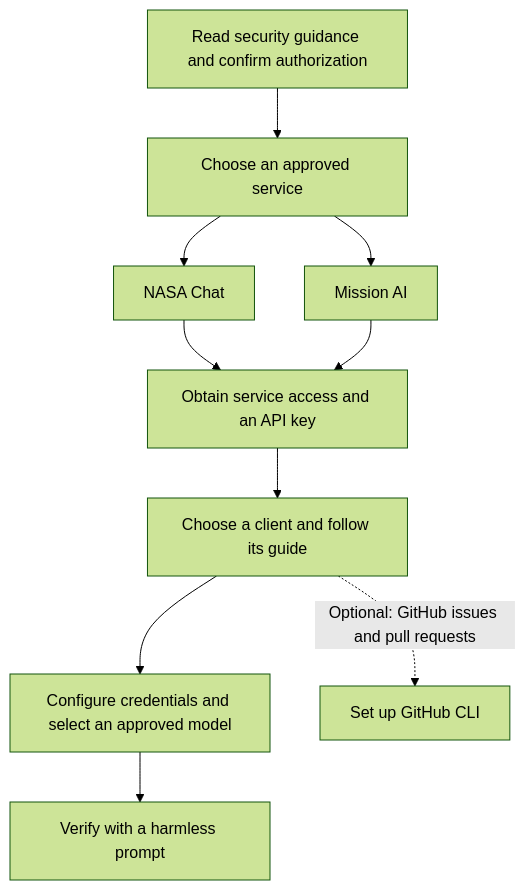
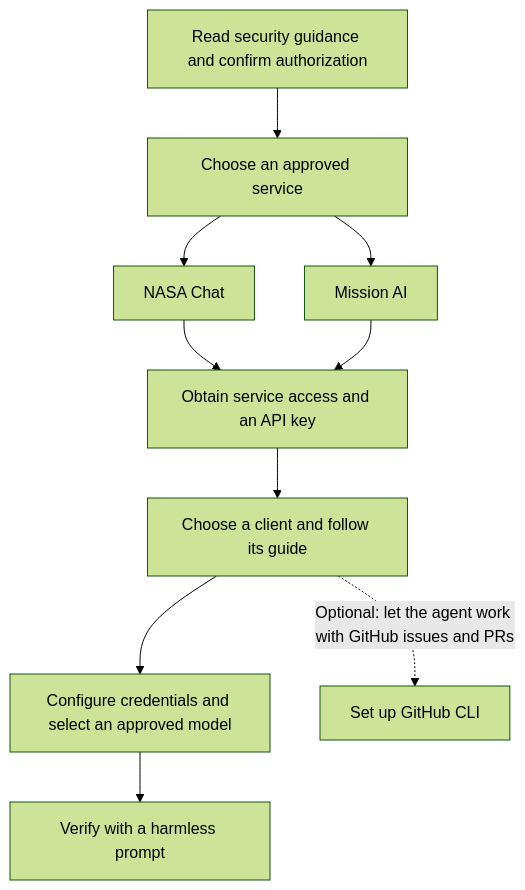
Before and after one commit to GEOS-ESM/si-agent-setup: the diagram in README.md, drawn with Mermaid (forest theme).

Commit message:
Clarify optional GitHub CLI setup

````diff
--- a/README.md
+++ b/README.md
@@ -19,19 +19,19 @@
 ```mermaid
 flowchart TD
     A["Read security guidance and confirm authorization"] --> B["Choose an approved service"]
     B --> C["NASA Chat"]
     B --> D["Mission AI"]
     C --> E["Obtain service access and an API key"]
     D --> E
     E --> F["Choose a client and follow its guide"]
     F --> G["Configure credentials and select an approved model"]
     G --> H["Verify with a harmless prompt"]
-    F -. "Optional: GitHub issues and pull requests" .-> I["Set up GitHub CLI"]
+    F -. "Optional: let the agent work with GitHub issues and PRs" .-> I["Set up GitHub CLI"]
 
     click A href "https://github.com/GEOS-ESM/si-agent-setup/blob/main/SECURITY.md" "Read security guidance"
     click B href "https://github.com/GEOS-ESM/si-agent-setup#services" "Choose a service"
     click C href "https://github.com/GEOS-ESM/si-agent-setup#nasa-chat" "NASA Chat guides"
     click D href "https://github.com/GEOS-ESM/si-agent-setup#mission-ai" "Mission AI guides"
     click F href "https://github.com/GEOS-ESM/si-agent-setup#services" "Choose a client guide"
     click I href "https://github.com/GEOS-ESM/si-agent-setup/blob/main/docs/clients/github-cli.md" "GitHub CLI setup"
 ```
````
